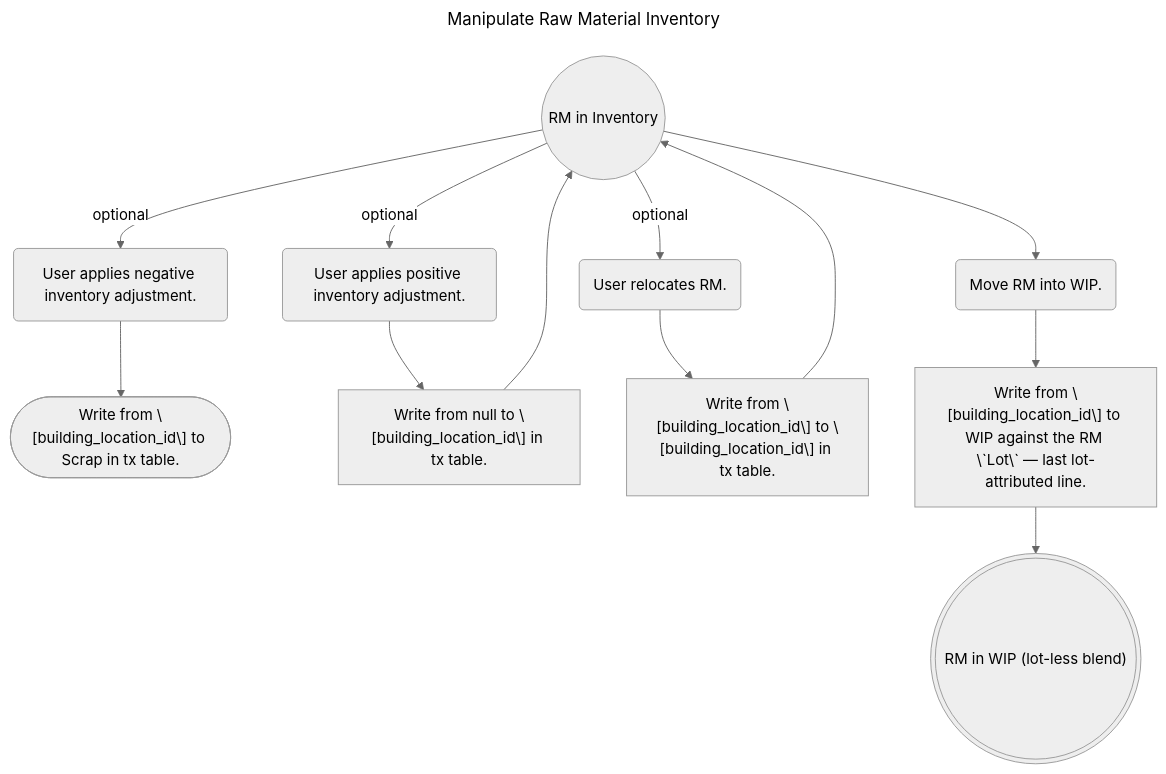
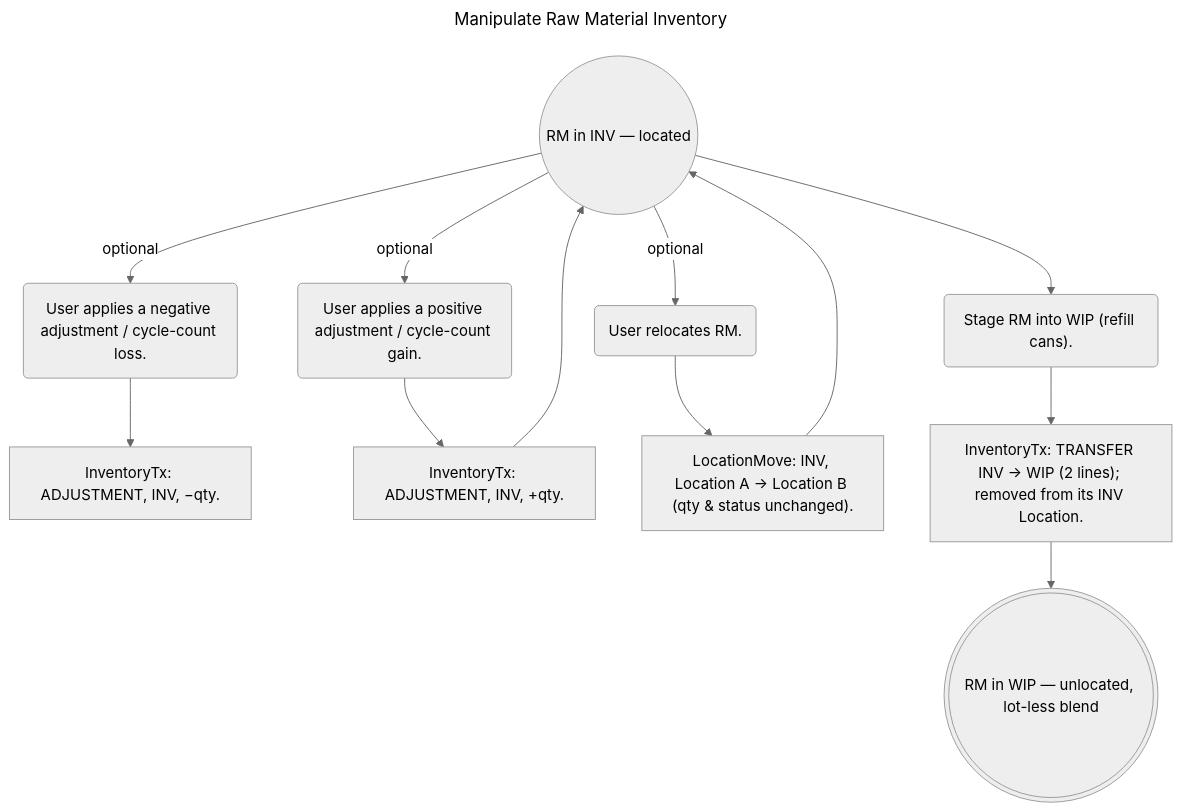
The fourth of 8 diagrams in src/tx_table_proposal.md (afi-spencerd/RSM), drawn with Mermaid (neutral theme) before and after one commit. The commit also changed other lines of this file, not shown here.

First line of the commit message:
docs: re-model flowcharts to fw3's two-ledger model

````diff
--- a/src/tx_table_proposal.md
+++ b/src/tx_table_proposal.md
@@ -167,21 +166,21 @@
 ```mermaid
 ---
 title: Manipulate Raw Material Inventory
 ---
 flowchart TB
-  rm_in_inventory(("RM in Inventory"))
-  adjust_inventory_negative("User applies negative inventory adjustment.")
-  tx_adjust_inventory_negative(["Write from \[building_location_id\] to Scrap in tx table."])
-  adjust_inventory_positive("User applies positive inventory adjustment.")
-  tx_adjust_inventory_positive["Write from null to \[building_location_id\] in tx table."]
+  rm_in_inventory(("RM in INV — located"))
+  adjust_negative("User applies a negative adjustment / cycle-count loss.")
+  tx_adjust_negative["InventoryTx: ADJUSTMENT, INV, −qty."]
+  adjust_positive("User applies a positive adjustment / cycle-count gain.")
+  tx_adjust_positive["InventoryTx: ADJUSTMENT, INV, +qty."]
   relocate_rm("User relocates RM.")
-  tx_relocate_rm["Write from \[building_location_id\] to \[building_location_id\] in tx table."]
-  wip_rm("Move RM into WIP.")
-  tx_wip_rm["Write from \[building_location_id\] to WIP against the RM \`Lot\` — last lot-attributed line."]
-  rm_in_wip((("RM in WIP (lot-less blend)")))
+  tx_relocate_rm["LocationMove: INV, Location A → Location B (qty & status unchanged)."]
+  stage_wip("Stage RM into WIP (refill cans).")
+  tx_stage_wip["InventoryTx: TRANSFER INV → WIP (2 lines); removed from its INV Location."]
+  rm_in_wip((("RM in WIP — unlocated, lot-less blend")))
 
-  rm_in_inventory -->|optional| adjust_inventory_negative --> tx_adjust_inventory_negative
-  rm_in_inventory -->|optional| adjust_inventory_positive --> tx_adjust_inventory_positive --> rm_in_inventory
+  rm_in_inventory -->|optional| adjust_negative --> tx_adjust_negative
+  rm_in_inventory -->|optional| adjust_positive --> tx_adjust_positive --> rm_in_inventory
   rm_in_inventory -->|optional| relocate_rm --> tx_relocate_rm --> rm_in_inventory
-  rm_in_inventory --> wip_rm --> tx_wip_rm --> rm_in_wip
+  rm_in_inventory --> stage_wip --> tx_stage_wip --> rm_in_wip
 ```
````
